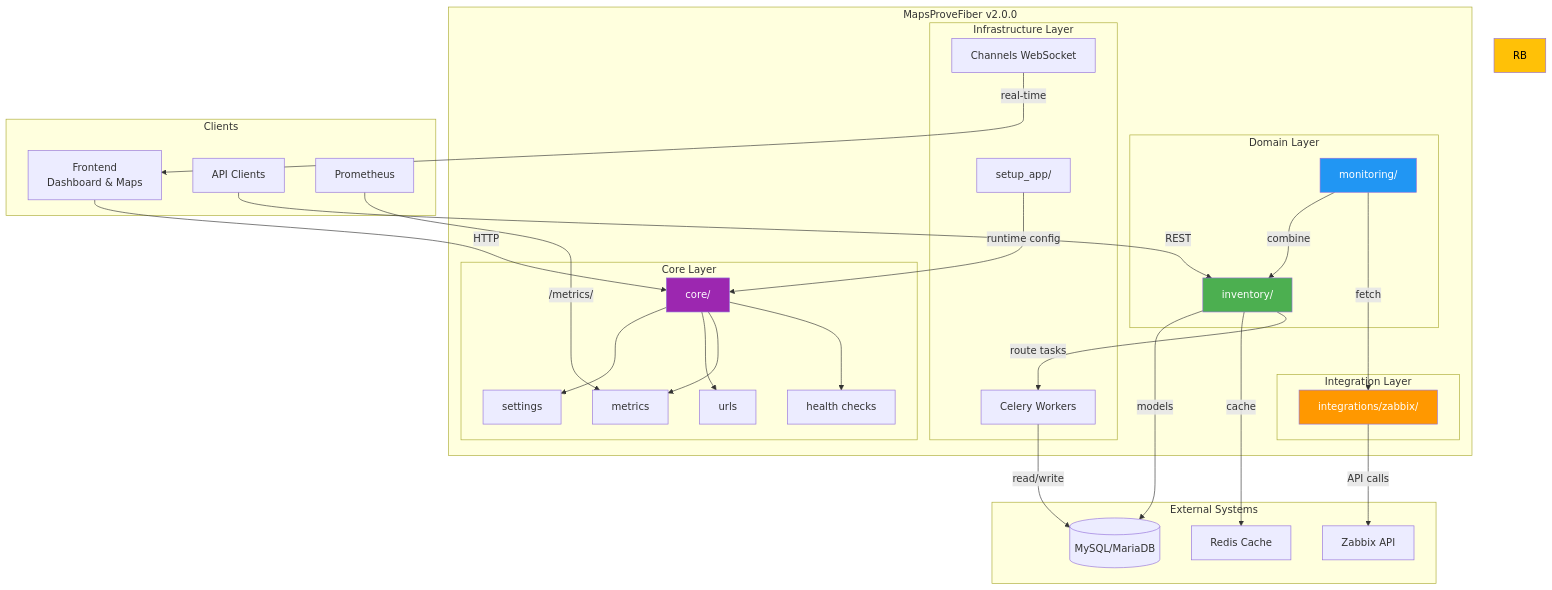
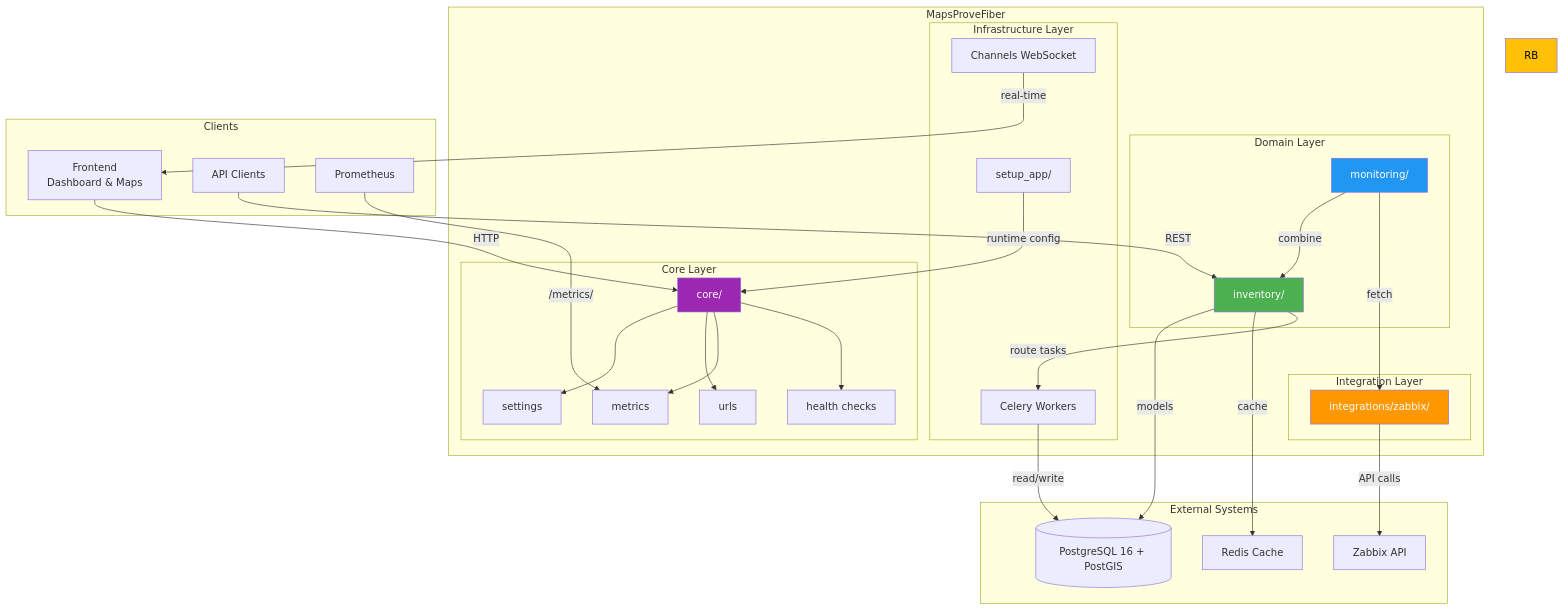
Before and after one commit to kaled182/provemaps_beta: the first of 10 diagrams in doc/architecture/OVERVIEW.md, drawn with Mermaid. The commit also changed other lines of this file and 44 other files, not shown here.

````diff
--- a/doc/architecture/OVERVIEW.md
+++ b/doc/architecture/OVERVIEW.md
@@ -29,59 +29,59 @@
 ```mermaid
 graph TD
     subgraph "External Systems"
         Z[Zabbix API]
         R[Redis Cache]
-        DB[(MySQL/MariaDB)]
+        DB[(PostgreSQL 16 + PostGIS)]
     end
     
-    subgraph "MapsProveFiber v2.0.0"
+    subgraph "MapsProveFiber"
         subgraph "Core Layer"
             C[core/]
             C --> S[settings]
             C --> U[urls]
             C --> M[metrics]
             C --> H[health checks]
         end
         
         subgraph "Domain Layer"
             I[inventory/]
             MO[monitoring/]
         end
         
         subgraph "Integration Layer"
             IZ[integrations/zabbix/]
         end
         
         subgraph "Infrastructure Layer"
             SA[setup_app/]
             CE[Celery Workers]
             CH[Channels WebSocket]
         end
     end
     
     subgraph "Clients"
         FE[Frontend<br/>Dashboard & Maps]
         API_CLIENT[API Clients]
         PROM[Prometheus]
     end
     
     FE -->|HTTP| C
     API_CLIENT -->|REST| I
     PROM -->|/metrics/| M
     
     I -->|models| DB
     I -->|cache| R
     MO -->|combine| I
     MO -->|fetch| IZ
     IZ -->|API calls| Z
     I -->|route tasks| CE
     CE -->|read/write| DB
     CH -->|real-time| FE
     SA -->|runtime config| C
     
     style I fill:#4CAF50,color:#fff
     style MO fill:#2196F3,color:#fff
     style IZ fill:#FF9800,color:#fff
     style C fill:#9C27B0,color:#fff
     style RB fill:#FFC107,color:#000
 ```
````
